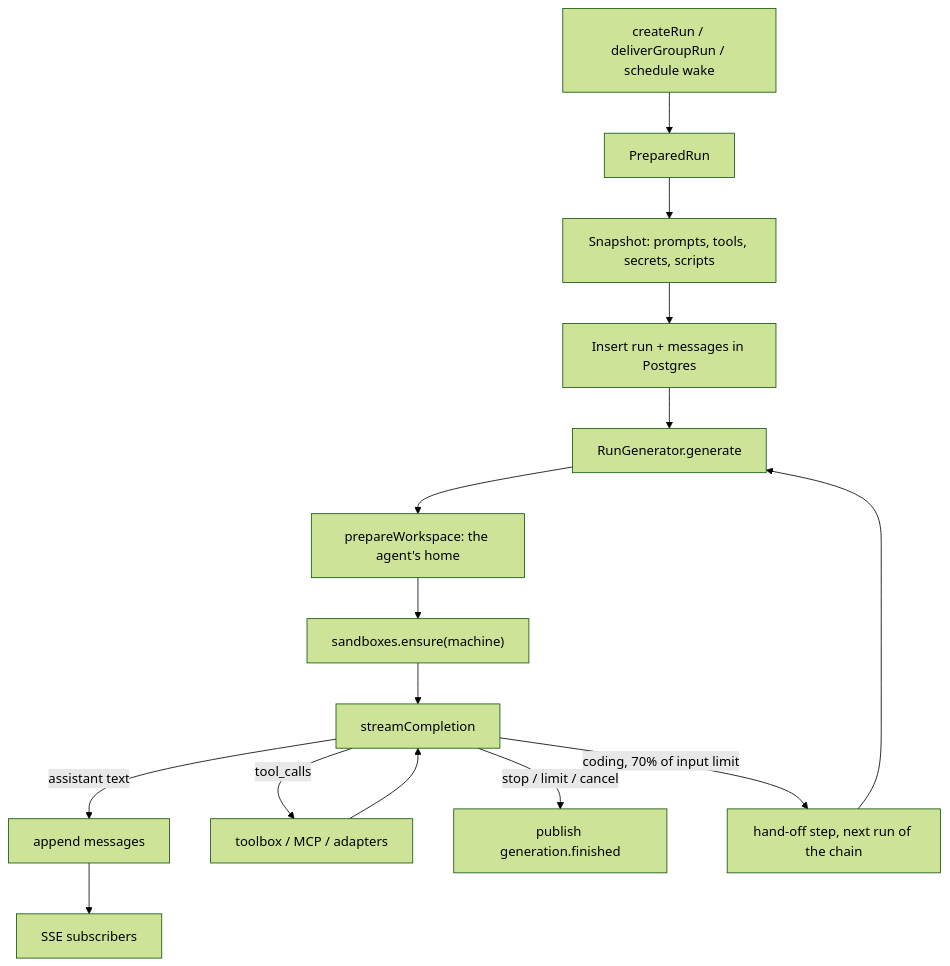
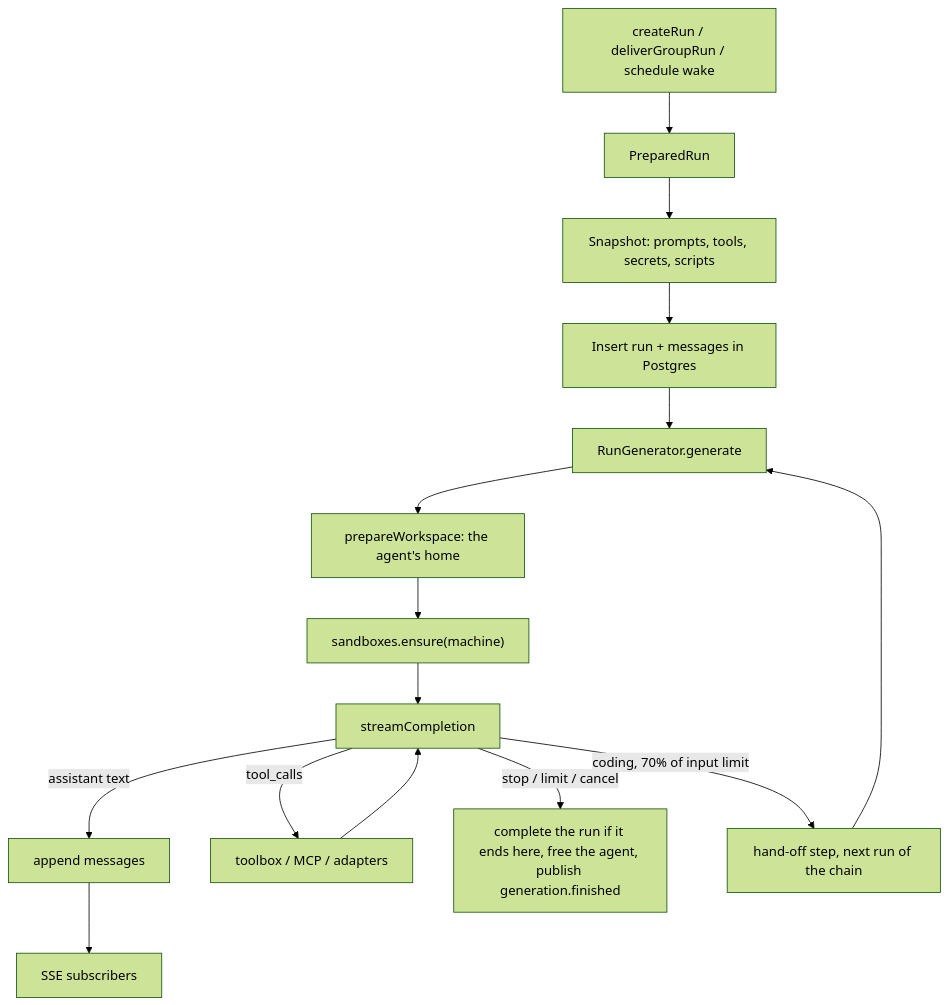
The third of 3 diagrams in docs/architecture/orchestrator.md (CigaleAI/guilds), drawn with Mermaid (forest theme) before and after one commit. The commit also changed other lines of this file and 4 other files, not shown here.

First line of the commit message:
Publish generation.finished after the run is completed and released, with its standing

````diff
--- a/docs/architecture/orchestrator.md
+++ b/docs/architecture/orchestrator.md
@@ -336,17 +336,17 @@
 ```mermaid
 flowchart TD
   Start["createRun / deliverGroupRun / schedule wake"] --> Prep["PreparedRun"]
   Prep --> Snap["Snapshot: prompts, tools, secrets, scripts"]
   Snap --> Persist["Insert run + messages in Postgres"]
   Persist --> Loop["RunGenerator.generate"]
   Loop --> WS["prepareWorkspace: the agent's home"]
   WS --> Box["sandboxes.ensure(machine)"]
   Box --> Step["streamCompletion"]
   Step -->|assistant text| Save["append messages"]
   Step -->|tool_calls| Tools["toolbox / MCP / adapters"]
   Tools --> Step
-  Step -->|stop / limit / cancel| Done["publish generation.finished"]
+  Step -->|stop / limit / cancel| Done["complete the run if it ends here, free the agent, publish generation.finished"]
   Step -->|coding, 70% of input limit| Handoff["hand-off step, next run of the chain"]
   Handoff --> Loop
   Save --> SSE["SSE subscribers"]
 ```
````
